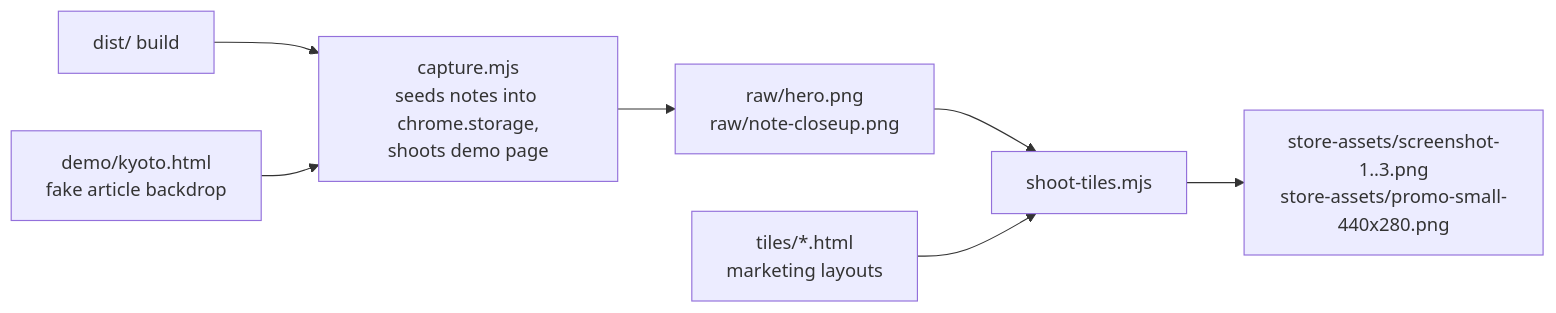
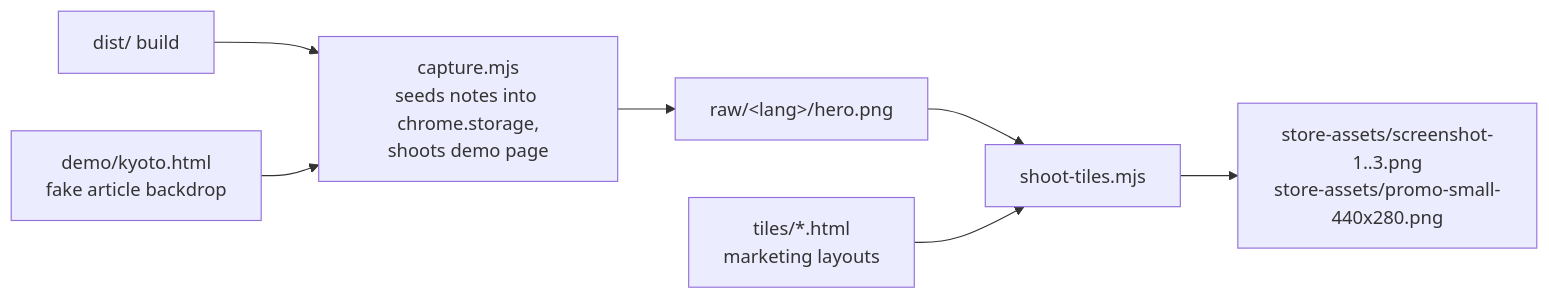
One commit to farukcan/anchored-notes changed the diagram in store-assets/gen/README.md. Above: the diagram before and after it, drawn with Mermaid. The commit also changed other lines of this file and 91 other files, not shown here.

````diff
--- a/store-assets/gen/README.md
+++ b/store-assets/gen/README.md
@@ -23,9 +23,9 @@
 ```mermaid
 flowchart LR
   D[dist/ build] --> C[capture.mjs\nseeds notes into chrome.storage,\nshoots demo page]
   K[demo/kyoto.html\nfake article backdrop] --> C
-  C --> R[raw/hero.png\nraw/note-closeup.png]
+  C --> R[raw/&lt;lang&gt;/hero.png]
   R --> T[shoot-tiles.mjs]
   H[tiles/*.html\nmarketing layouts] --> T
   T --> A[store-assets/screenshot-1..3.png\nstore-assets/promo-small-440x280.png]
 ```
````
